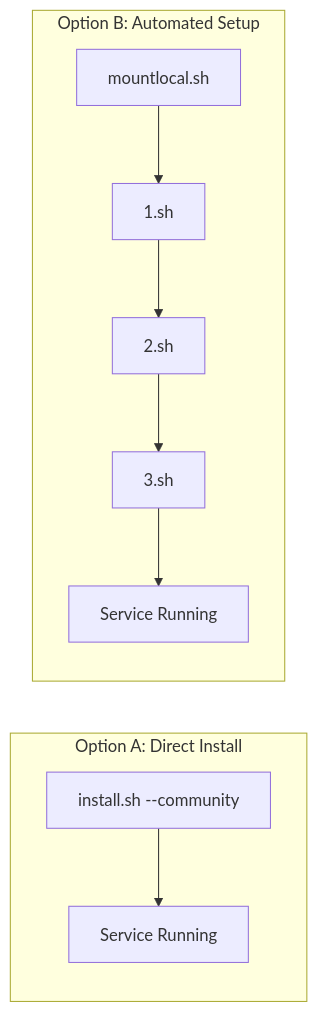
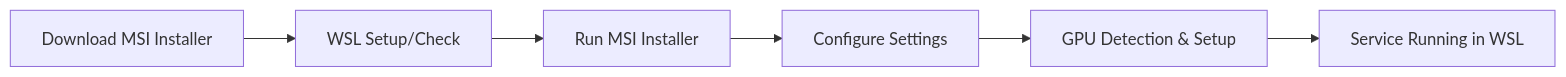
Before and after one commit to kamiwaza-ai/kamiwaza-docs: the third of 5 diagrams in docs/docs/installation/installation_process.md, drawn with Mermaid. The commit also changed other lines of this file and 2 other files, not shown here.

````diff
--- a/docs/docs/installation/installation_process.md
+++ b/docs/docs/installation/installation_process.md
@@ -56,13 +56,8 @@
 ```mermaid
 flowchart LR
-    subgraph "Option A: Direct Install"
-        install[install.sh --community] --> running1[Service Running]
-    end
-    
-    subgraph "Option B: Automated Setup"
-        mountlocal[mountlocal.sh] --> sh1[1.sh]
-        sh1 --> sh2[2.sh]
-        sh2 --> sh3[3.sh]
-        sh3 --> running2[Service Running]
-    end
+    download[Download MSI Installer] --> wsl[WSL Setup/Check]
+    wsl --> install[Run MSI Installer]
+    install --> config[Configure Settings]
+    config --> gpu[GPU Detection & Setup]
+    gpu --> running[Service Running in WSL]
 ```
````
